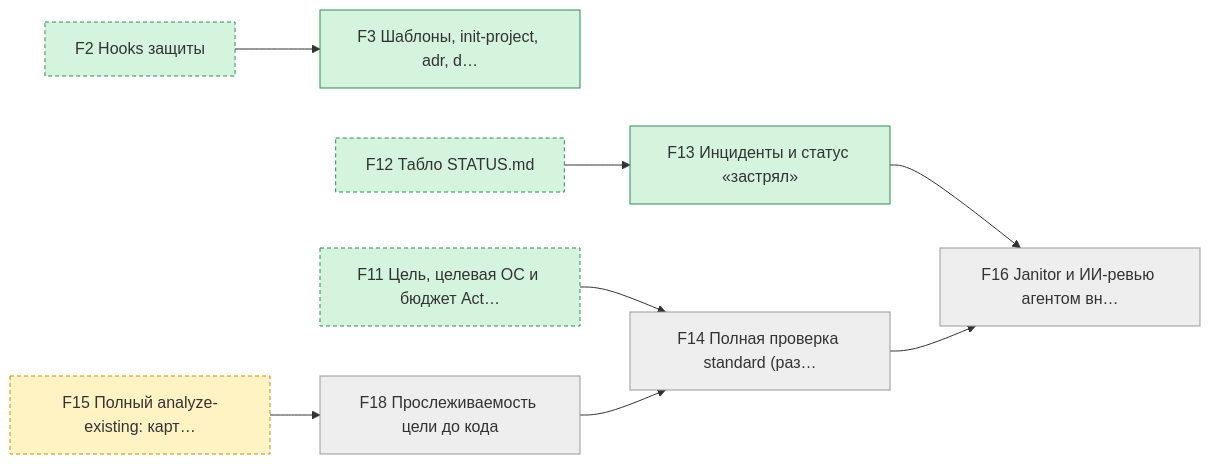
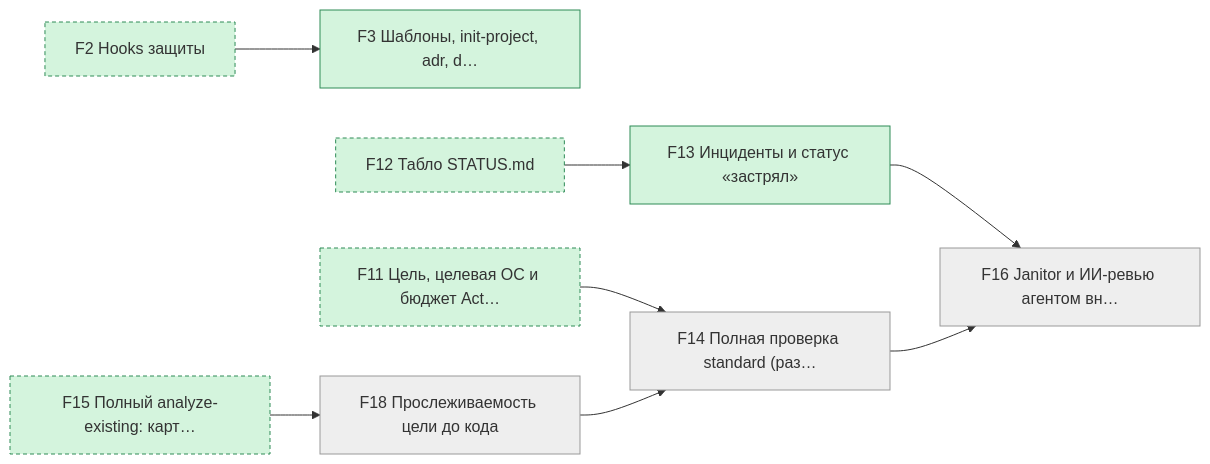
One commit to pete-doc/project-architect changed the sixth of 6 diagrams in state/STATUS.md. Above: the diagram before and after it, drawn with Mermaid. The commit also changed other lines of this file and 2 other files, not shown here.

````diff
--- a/state/STATUS.md
+++ b/state/STATUS.md
@@ -159,28 +153,27 @@
 ```mermaid
 graph LR
   F3["F3 Шаблоны, init-project, adr, d…"]
   F13["F13 Инциденты и статус «застрял»"]
   F14["F14 Полная проверка standard (раз…"]
   F16["F16 Janitor и ИИ-ревью агентом вн…"]
   F18["F18 Прослеживаемость цели до кода"]
   F2["F2 Hooks защиты"]
   F12["F12 Табло STATUS.md"]
   F11["F11 Цель, целевая ОС и бюджет Act…"]
   F15["F15 Полный analyze-existing: карт…"]
   F2 --> F3
   F12 --> F13
   F11 --> F14
   F18 --> F14
   F13 --> F16
   F14 --> F16
   F15 --> F18
   classDef done fill:#d4f4dd,stroke:#2e8b57
   classDef work fill:#fff3c4,stroke:#c79100
   classDef blocked fill:#ffd6d6,stroke:#c0392b
   classDef later fill:#eeeeee,stroke:#999999
   classDef outside stroke-dasharray: 4 3
-  class F3,F13,F2,F12,F11 done
-  class F15 work
+  class F3,F13,F2,F12,F11,F15 done
   class F14,F16,F18 later
   class F2,F12,F11,F15 outside
 ```
````
